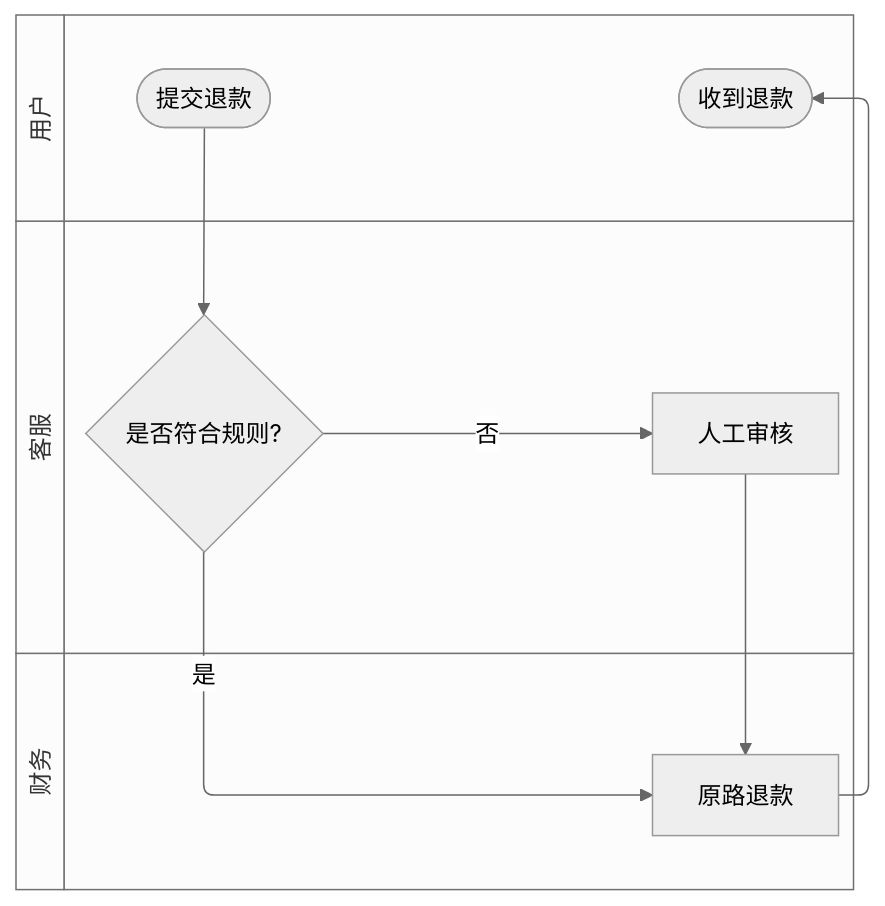
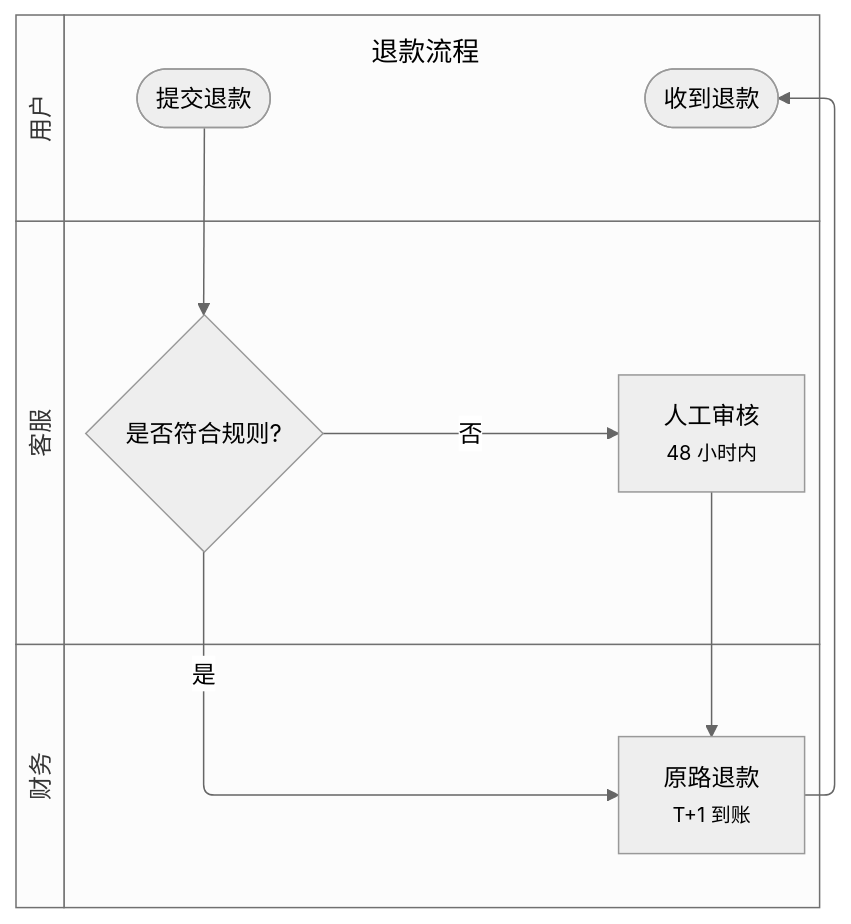
Before and after one commit to huang-hee/diagram-kit: the second of 8 diagrams in references/types-flow.md, drawn with Mermaid (neutral theme). The commit also changed other lines of this file and 248 other files, not shown here.

First line of the commit message:
feat: 示例按统一风格重做，补齐 42 张 drawio 整图示例，默认工具改为 drawio

````diff
--- a/references/types-flow.md
+++ b/references/types-flow.md
@@ -66,19 +69,22 @@
 ```mermaid
+---
+title: 退款流程
+---
 swimlane-beta LR
   subgraph U[用户]
     A([提交退款]):::startend
     F([收到退款]):::startend
   end
   subgraph S[客服]
     B{是否符合规则?}:::decision
-    C[人工审核]:::task
+    C["人工审核<br><small>48 小时内</small>"]:::task
   end
   subgraph P[财务]
-    D[原路退款]:::handoff
+    D["原路退款<br><small>T+1 到账</small>"]:::handoff
   end
   A --> B
   B -- 是 --> D
   B -- 否 --> C --> D
   D --> F
   class U,S,P lane
 ```
````
